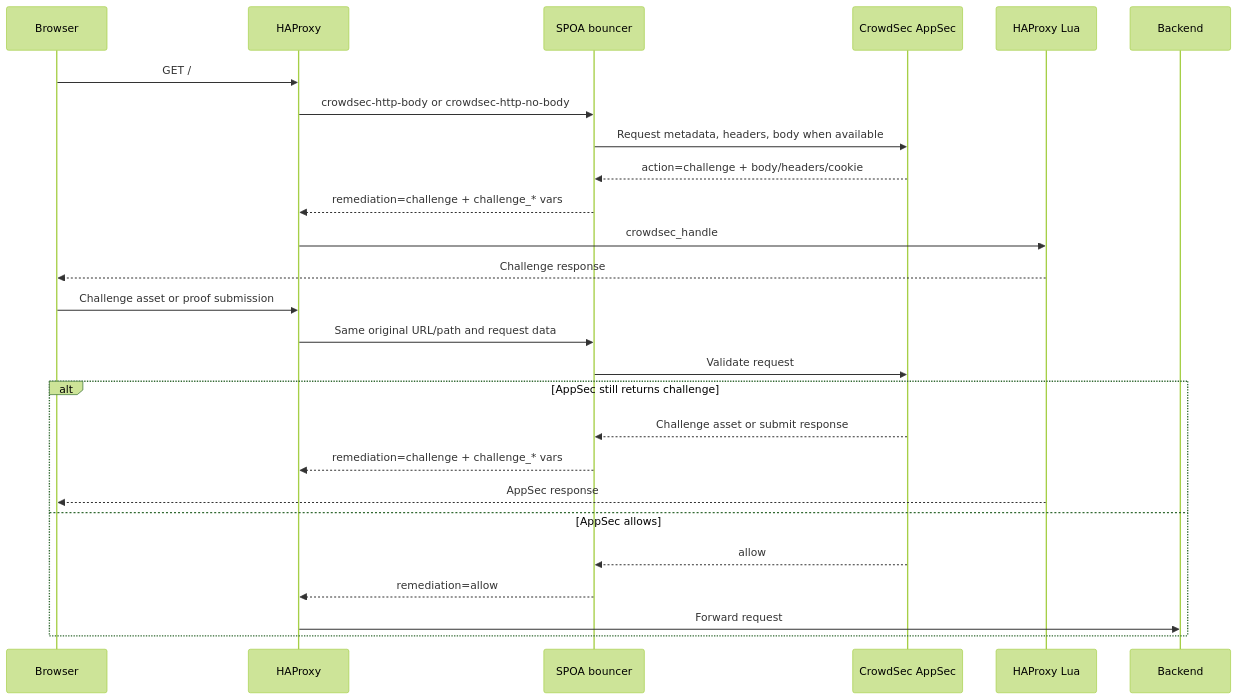
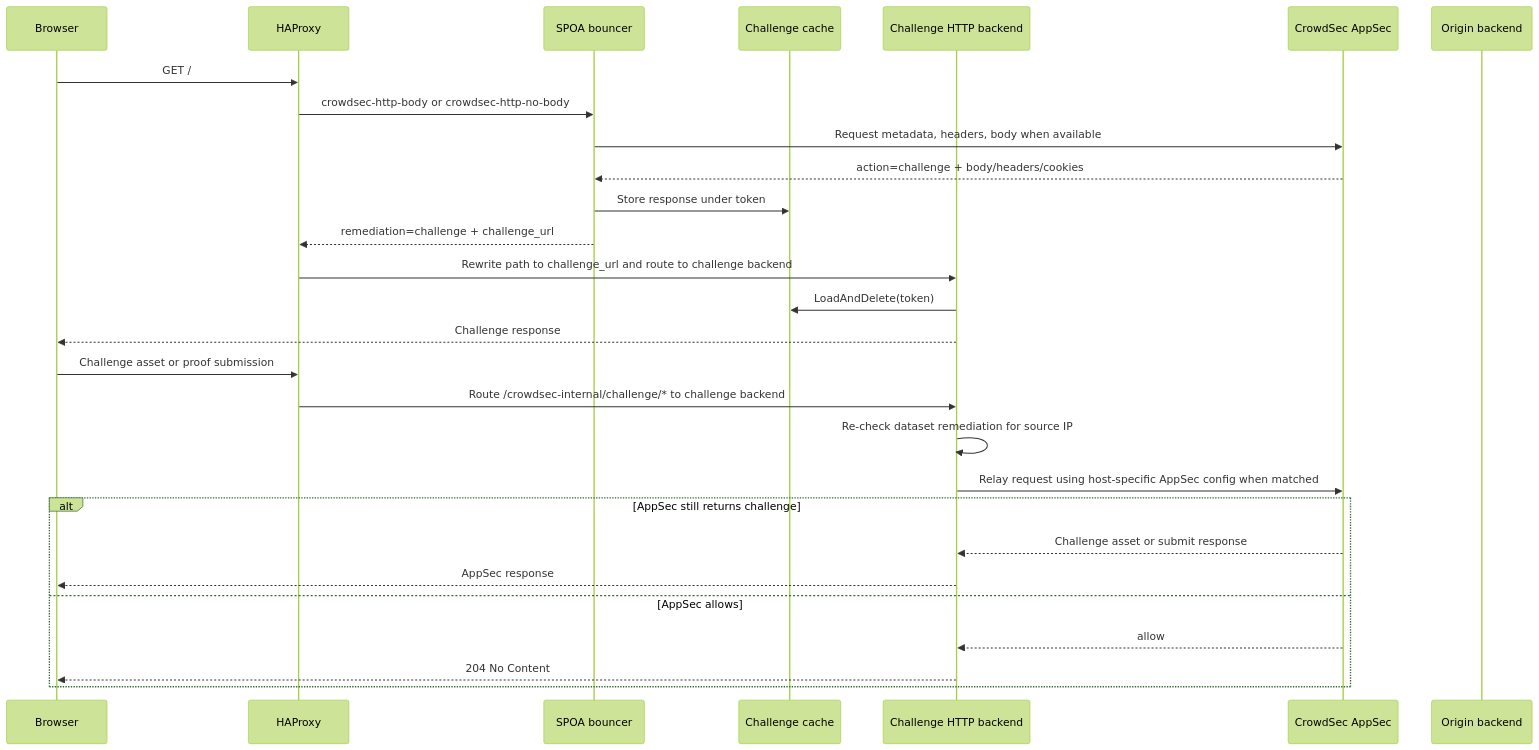
One commit to crowdsecurity/cs-haproxy-spoa-bouncer changed the diagram in CHALLENGE.md. Above: the diagram before and after it, drawn with Mermaid (forest theme). The commit also changed other lines of this file and 3 other files, not shown here.

Commit message:
get injectChallengeKeyValues to return false when for any reason the challenge fails

````diff
--- a/CHALLENGE.md
+++ b/CHALLENGE.md
@@ -37,30 +34,33 @@
 ```mermaid
 sequenceDiagram
     participant Browser
     participant HAProxy
     participant SPOA as SPOA bouncer
+    participant Cache as Challenge cache
+    participant HTTP as Challenge HTTP backend
     participant AppSec as CrowdSec AppSec
-    participant Lua as HAProxy Lua
+    participant Backend as Origin backend
 
     Browser->>HAProxy: GET /
     HAProxy->>SPOA: crowdsec-http-body or crowdsec-http-no-body
     SPOA->>AppSec: Request metadata, headers, body when available
-    AppSec-->>SPOA: action=challenge + body/headers/cookie
-    SPOA-->>HAProxy: remediation=challenge + challenge_* vars
-    HAProxy->>Lua: crowdsec_handle
-    Lua-->>Browser: Challenge response
+    AppSec-->>SPOA: action=challenge + body/headers/cookies
+    SPOA->>Cache: Store response under token
+    SPOA-->>HAProxy: remediation=challenge + challenge_url
+    HAProxy->>HTTP: Rewrite path to challenge_url and route to challenge backend
+    HTTP->>Cache: LoadAndDelete(token)
+    HTTP-->>Browser: Challenge response
 
     Browser->>HAProxy: Challenge asset or proof submission
-    HAProxy->>SPOA: Same original URL/path and request data
-    SPOA->>AppSec: Validate request
+    HAProxy->>HTTP: Route /crowdsec-internal/challenge/* to challenge backend
+    HTTP->>HTTP: Re-check dataset remediation for source IP
+    HTTP->>AppSec: Relay request using host-specific AppSec config when matched
 
     alt AppSec still returns challenge
-        AppSec-->>SPOA: Challenge asset or submit response
-        SPOA-->>HAProxy: remediation=challenge + challenge_* vars
-        Lua-->>Browser: AppSec response
+        AppSec-->>HTTP: Challenge asset or submit response
+        HTTP-->>Browser: AppSec response
     else AppSec allows
-        AppSec-->>SPOA: allow
-        SPOA-->>HAProxy: remediation=allow
-        HAProxy->>Backend: Forward request
+        AppSec-->>HTTP: allow
+        HTTP-->>Browser: 204 No Content
     end
 ```
````
